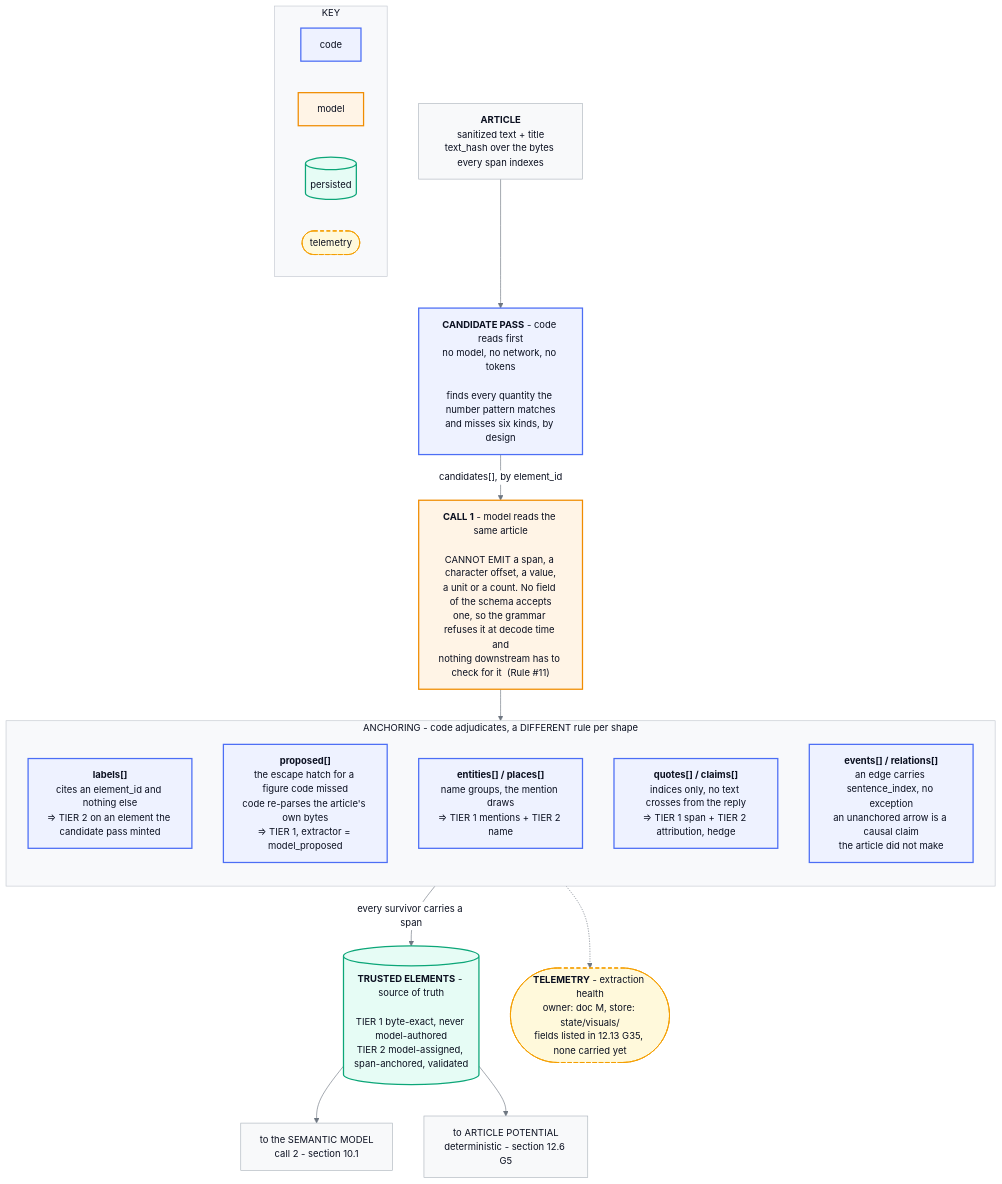
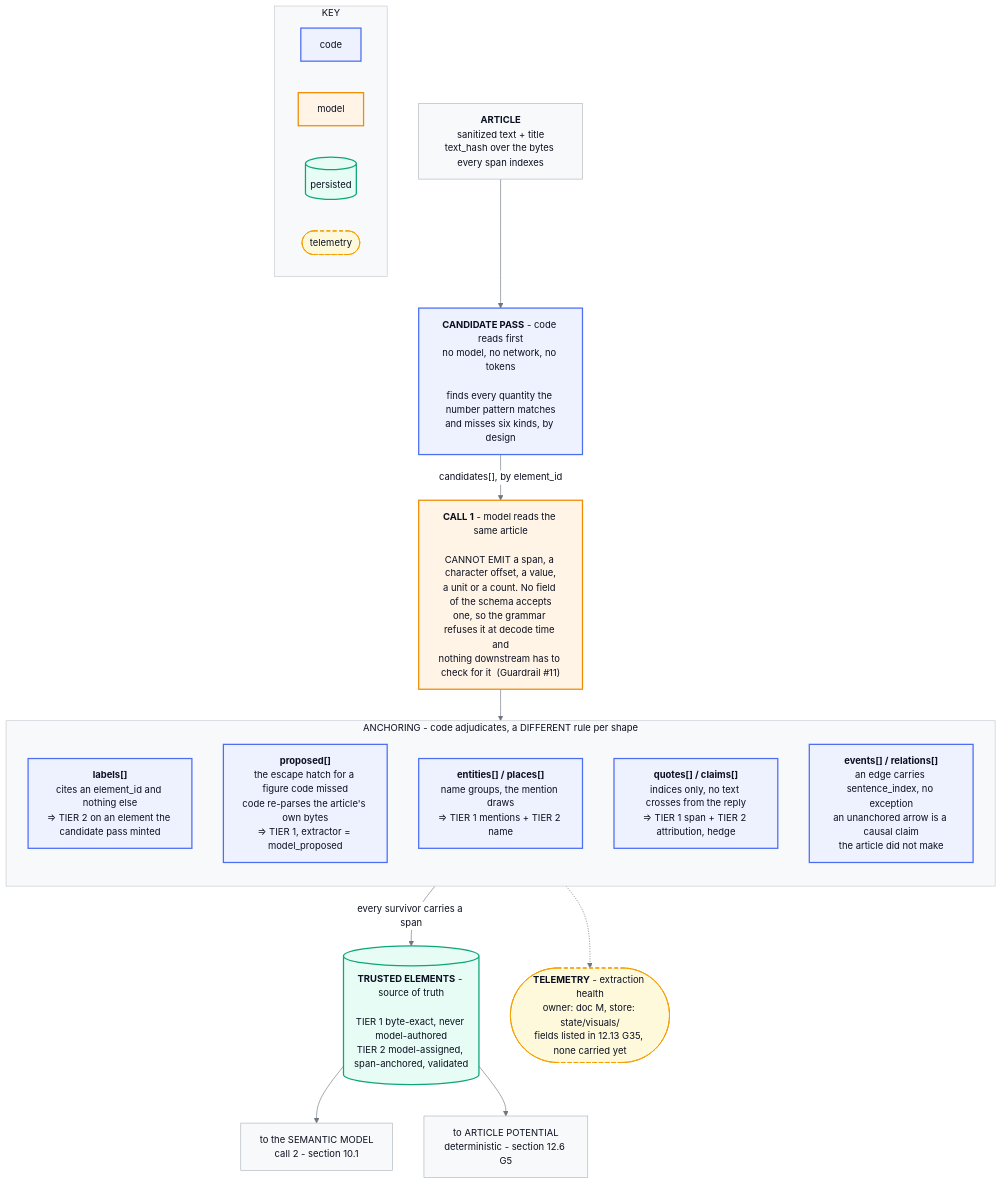
One commit to miztiik/yen-idhazh changed the second of 2 diagrams in TODO/20260902-visual-planner-pseudo-plan.md. Above: the diagram before and after it, drawn with Mermaid. The commit also changed other lines of this file and 311 other files, not shown here.

````diff
--- a/TODO/20260902-visual-planner-pseudo-plan.md
+++ b/TODO/20260902-visual-planner-pseudo-plan.md
@@ -828,54 +828,54 @@
 ```mermaid
 %%{init: {"theme":"base","themeVariables":{"fontSize":"15px","fontFamily":"ui-monospace, SFMono-Regular, Menlo, Consolas, monospace","background":"#ffffff","mainBkg":"#ffffff","edgeLabelBackground":"#ffffff","labelBackground":"#ffffff","textColor":"#0b1020","titleColor":"#0b1020","nodeTextColor":"#0b1020","secondaryTextColor":"#0b1020","tertiaryTextColor":"#0b1020","lineColor":"#6e7781","primaryColor":"#eef2ff","primaryBorderColor":"#4c6ef5","primaryTextColor":"#0b1020","clusterBkg":"#f8f9fb","clusterBorder":"#c3c8d0"}}}%%
 flowchart TD
 
   ART["<b>ARTICLE</b><br/>sanitized text + title<br/>text_hash over the bytes every span indexes"]
 
   CP["<b>CANDIDATE PASS</b> - code reads first<br/>no model, no network, no tokens<br/><br/>finds every quantity the number pattern matches<br/>and misses six kinds, by design"]
 
-  C1["<b>CALL 1</b> - model reads the same article<br/><br/>CANNOT EMIT a span, a character offset, a value,<br/>a unit or a count. No field of the schema accepts<br/>one, so the grammar refuses it at decode time and<br/>nothing downstream has to check for it  (Rule #11)"]
+  C1["<b>CALL 1</b> - model reads the same article<br/><br/>CANNOT EMIT a span, a character offset, a value,<br/>a unit or a count. No field of the schema accepts<br/>one, so the grammar refuses it at decode time and<br/>nothing downstream has to check for it  (Guardrail #11)"]
 
   subgraph ANCH["ANCHORING - code adjudicates, a DIFFERENT rule per shape"]
     direction TB
     A1["<b>labels[]</b><br/>cites an element_id and nothing else<br/>=&gt; TIER 2 on an element the candidate pass minted"]
     A2["<b>proposed[]</b><br/>the escape hatch for a figure code missed<br/>code re-parses the article's own bytes<br/>=&gt; TIER 1, extractor = model_proposed"]
     A3["<b>entities[] / places[]</b><br/>name groups, the mention draws<br/>=&gt; TIER 1 mentions + TIER 2 name"]
     A4["<b>quotes[] / claims[]</b><br/>indices only, no text crosses from the reply<br/>=&gt; TIER 1 span + TIER 2 attribution, hedge"]
     A5["<b>events[] / relations[]</b><br/>an edge carries sentence_index, no exception<br/>an unanchored arrow is a causal claim<br/>the article did not make"]
   end
 
   TE[("<b>TRUSTED ELEMENTS</b> - source of truth<br/><br/>TIER 1 byte-exact, never model-authored<br/>TIER 2 model-assigned, span-anchored, validated")]
 
   OUT1["to the SEMANTIC MODEL<br/>call 2 - section 10.1"]
   OUT2["to ARTICLE POTENTIAL<br/>deterministic - section 12.6 G5"]
 
   ART --> CP
   CP -->|"candidates[], by element_id"| C1
   C1 --> ANCH
   ANCH -->|"every survivor carries a span"| TE
   TE --> OUT1
   TE --> OUT2
 
   TEL1(["<b>TELEMETRY</b> - extraction health<br/>owner: doc M, store: state/visuals/<br/>fields listed in 12.13 G35, none carried yet"])
   ANCH -.-> TEL1
 
   subgraph KEY["KEY"]
     direction LR
     K1["code"]
     K2["model"]
     K3[("persisted")]
     K4(["telemetry"])
   end
 
   classDef code fill:#eef2ff,stroke:#4c6ef5,stroke-width:2px,color:#0b1020;
   classDef model fill:#fff4e6,stroke:#f08c00,stroke-width:2px,color:#0b1020;
   classDef store fill:#e6fcf5,stroke:#0ca678,stroke-width:2px,color:#0b1020;
   classDef plain fill:#f8f9fa,stroke:#adb5bd,stroke-width:1px,color:#0b1020;
   classDef telem fill:#fff9db,stroke:#f59f00,stroke-width:1.5px,color:#0b1020,stroke-dasharray: 6 4;
 
   class ART,OUT1,OUT2 plain;
   class CP,A1,A2,A3,A4,A5,K1 code;
   class C1,K2 model;
   class TE,K3 store;
   class TEL1,K4 telem;
 ```
````
